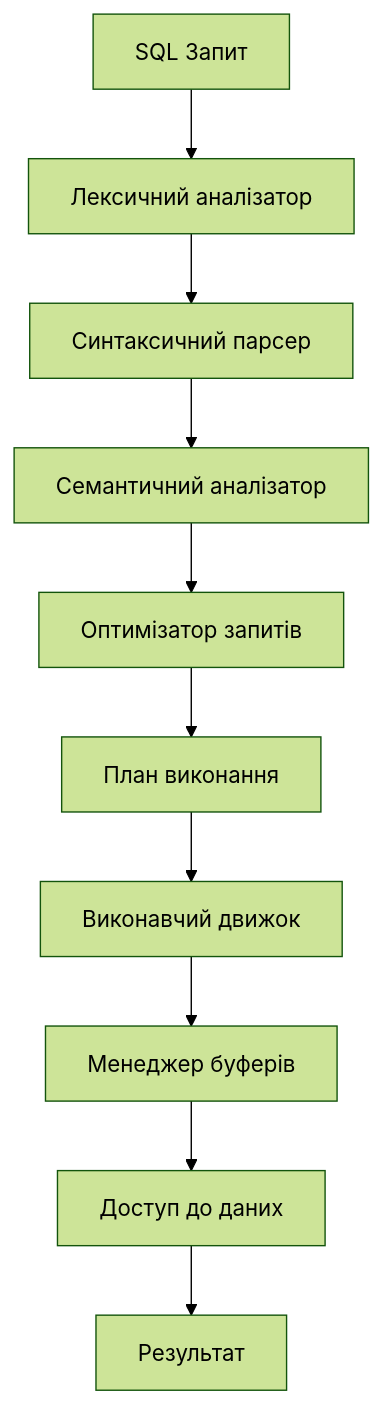
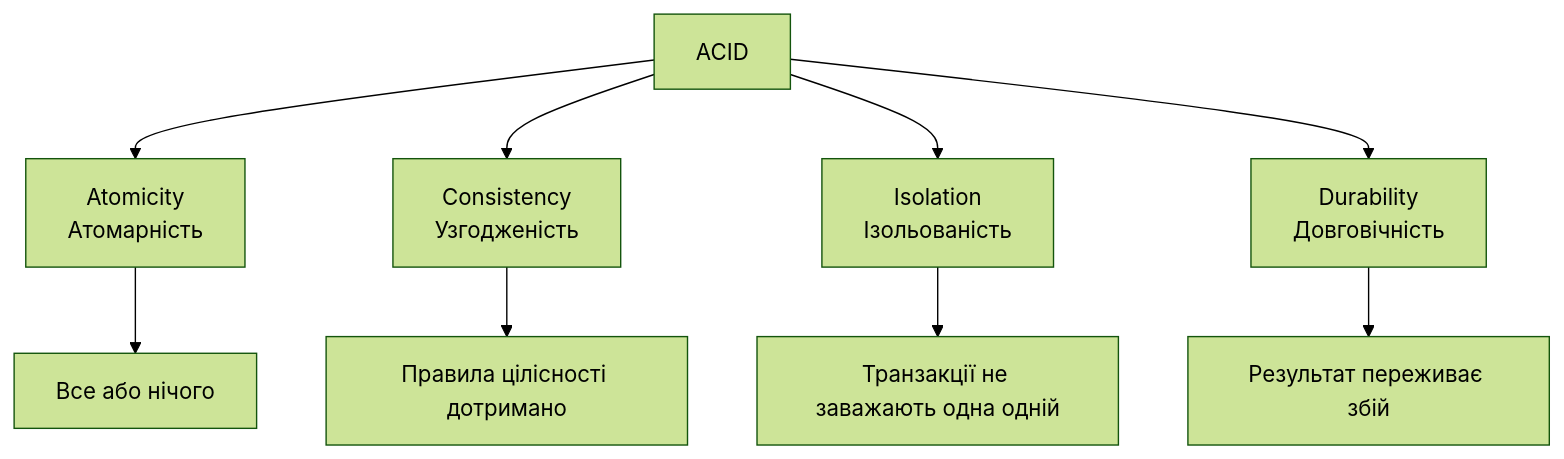
The first of 9 diagrams in lectures/lecture-08.md (olroi421/course-bd), drawn with Mermaid (forest theme) before and after one commit. The commit also changed other lines of this file and 10 other files, not shown here.

````diff
--- a/lectures/lecture-08.md
+++ b/lectures/lecture-08.md
@@ -15,12 +137,12 @@
 ```mermaid
-graph TD
-    A[SQL Запит] --> B[Лексичний аналізатор]
-    B --> C[Синтаксичний парсер]
-    C --> D[Семантичний аналізатор]
-    D --> E[Оптимізатор запитів]
-    E --> F[План виконання]
-    F --> G[Виконавчий движок]
-    G --> H[Менеджер буферів]
-    H --> I[Доступ до даних]
-    I --> J[Результат]
+graph TB
+    A[ACID] --> B["Atomicity<br/>Атомарність"]
+    A --> C["Consistency<br/>Узгодженість"]
+    A --> D["Isolation<br/>Ізольованість"]
+    A --> E["Durability<br/>Довговічність"]
+
+    B --> F["Все або нічого"]
+    C --> G["Правила цілісності дотримано"]
+    D --> H["Транзакції не заважають одна одній"]
+    E --> I["Результат переживає збій"]
 ```
````
